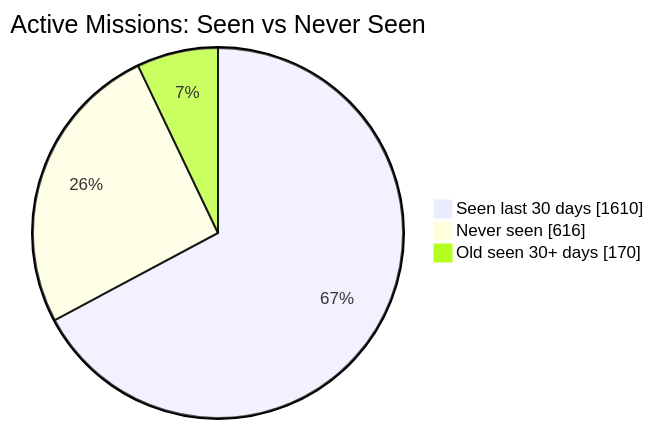
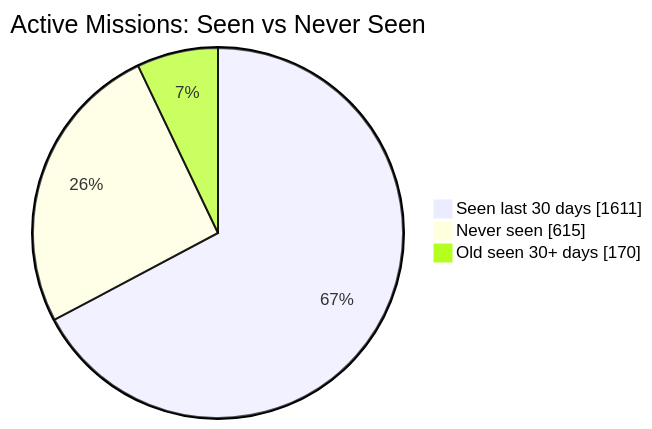
One commit to MeldkamerspelGameTeam/active-missions changed the first of 2 diagrams in README.md. Above: the diagram before and after it, drawn with Mermaid. The commit also changed other lines of this file and 2 other files, not shown here.

````diff
--- a/README.md
+++ b/README.md
@@ -34,7 +34,7 @@
 ```mermaid
 pie showData
     title Active Missions: Seen vs Never Seen
-    "Seen last 30 days" : 1610
-    "Never seen" : 616
+    "Seen last 30 days" : 1611
+    "Never seen" : 615
     "Old seen 30+ days" : 170
 ```
````
